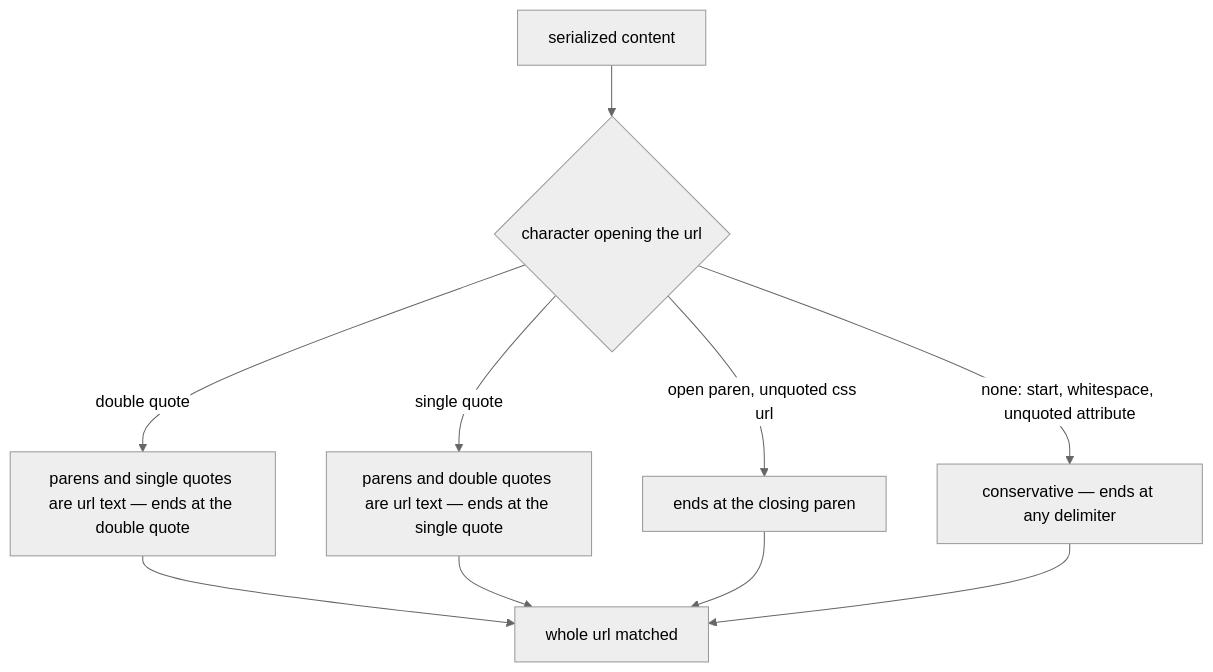
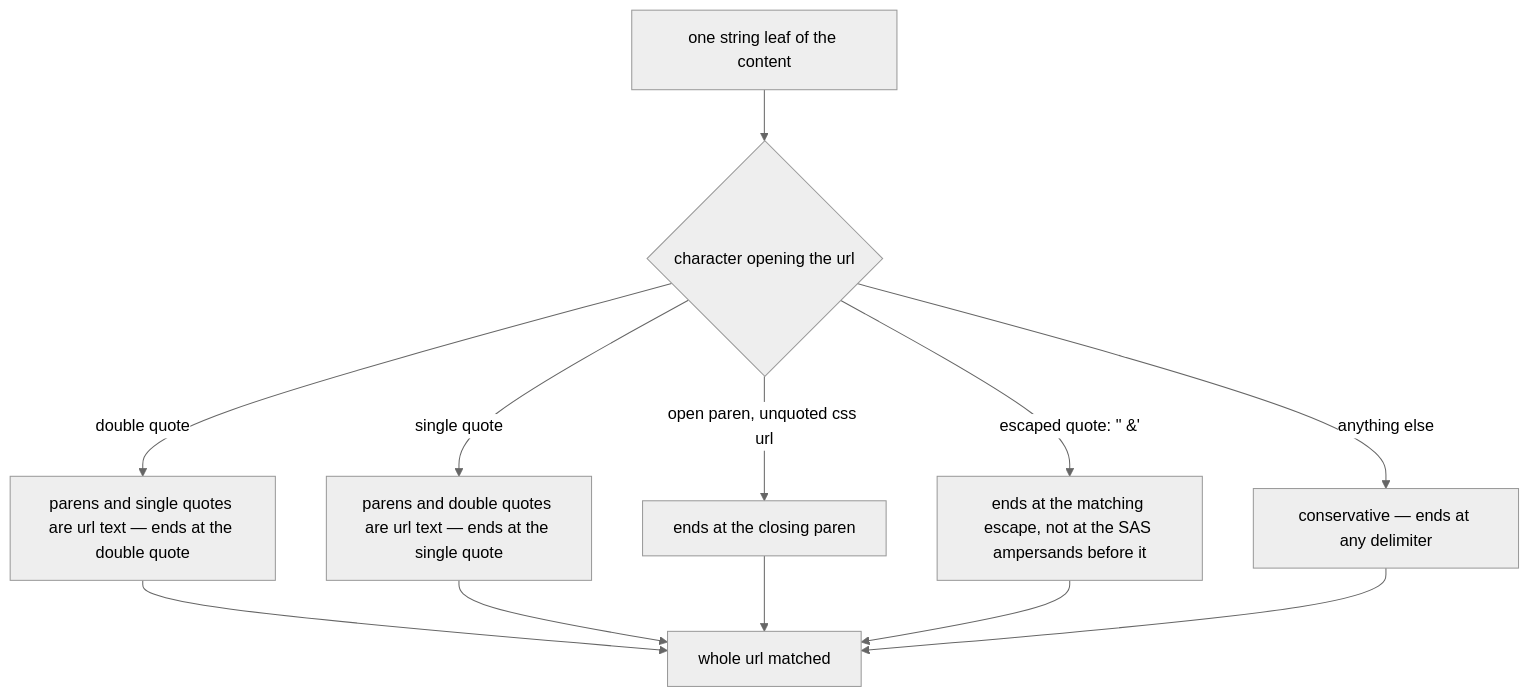
One commit to Esposter/Esposter changed the second of 2 diagrams in packages/app/content/docs/platform/resource-file-assets.md. Above: the diagram before and after it, drawn with Mermaid (neutral theme). The commit also changed other lines of this file and 4 other files, not shown here.

First line of the commit message:
docs: record the leaf-walk and escaped-quote delimiter rules

````diff
--- a/packages/app/content/docs/platform/resource-file-assets.md
+++ b/packages/app/content/docs/platform/resource-file-assets.md
@@ -42,12 +42,14 @@
 ```mermaid
 flowchart TD
-  C["serialized content"] --> O{"character opening the url"}
+  C["one string leaf of the content"] --> O{"character opening the url"}
   O -->|"double quote"| DQ["parens and single quotes are url text — ends at the double quote"]
   O -->|"single quote"| SQ["parens and double quotes are url text — ends at the single quote"]
   O -->|"open paren, unquoted css url"| P["ends at the closing paren"]
-  O -->|"none: start, whitespace, unquoted attribute"| N["conservative — ends at any delimiter"]
+  O -->|"escaped quote: &quot; &#39;"| EQ["ends at the matching escape, not at the SAS ampersands before it"]
+  O -->|"anything else"| N["conservative — ends at any delimiter"]
   DQ --> M["whole url matched"]
   SQ --> M
   P --> M
+  EQ --> M
   N --> M
 ```
````
